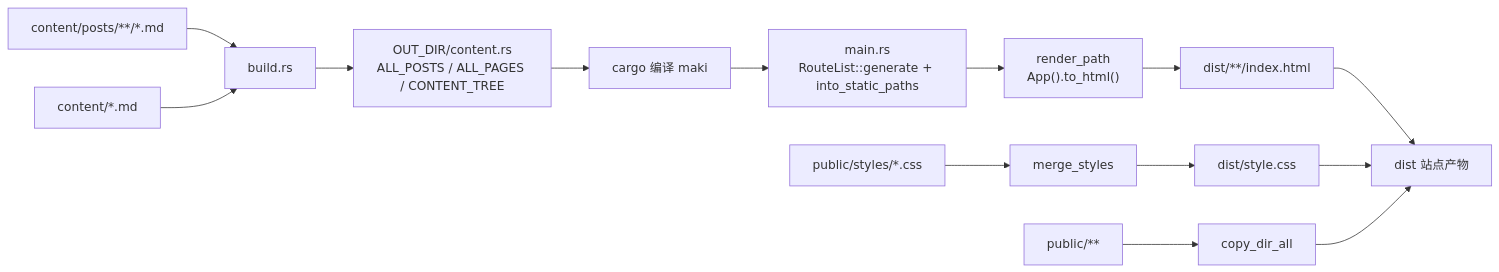
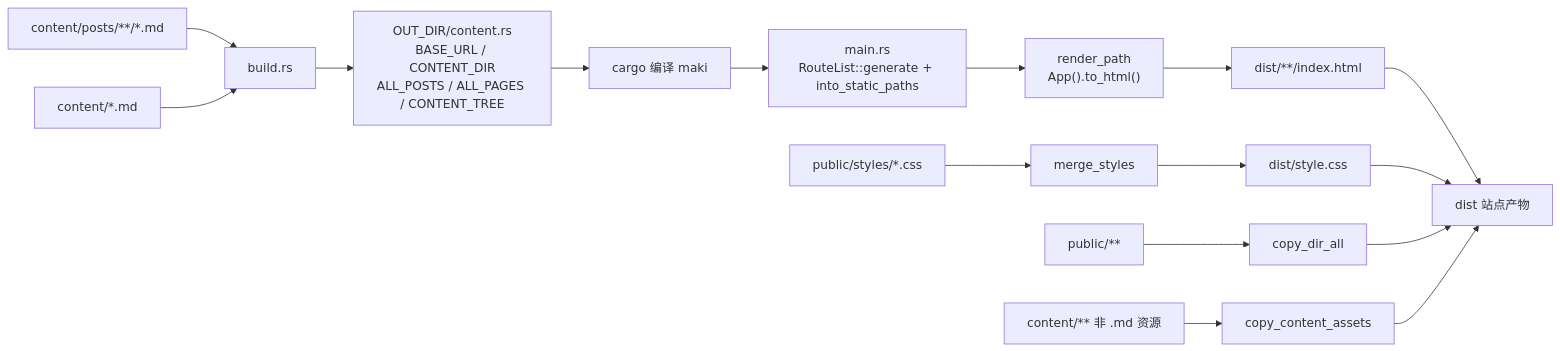
Before and after one commit to RandomLemon/maki: the diagram in docs/architecture.md, drawn with Mermaid. The commit also changed other lines of this file and 8 other files, not shown here.

First line of the commit message:
fix: publish content assets and prefix markdown links

````diff
--- a/docs/architecture.md
+++ b/docs/architecture.md
@@ -7,16 +7,18 @@
 ```mermaid
 flowchart LR
     A["content/posts/**/*.md"] --> B[build.rs]
     C["content/*.md"] --> B
-    B --> D["OUT_DIR/content.rs<br/>ALL_POSTS / ALL_PAGES / CONTENT_TREE"]
+    B --> D["OUT_DIR/content.rs<br/>BASE_URL / CONTENT_DIR<br/>ALL_POSTS / ALL_PAGES / CONTENT_TREE"]
     D --> E[cargo 编译 maki]
     E --> F["main.rs<br/>RouteList::generate + into_static_paths"]
     F --> G["render_path<br/>App().to_html()"]
     G --> H["dist/**/index.html"]
     I["public/styles/*.css"] --> J[merge_styles]
     J --> K["dist/style.css"]
     L["public/**"] --> M[copy_dir_all]
+    O["content/** 非 .md 资源"] --> P[copy_content_assets]
     H --> N[dist 站点产物]
     K --> N
     M --> N
+    P --> N
 ```
````
